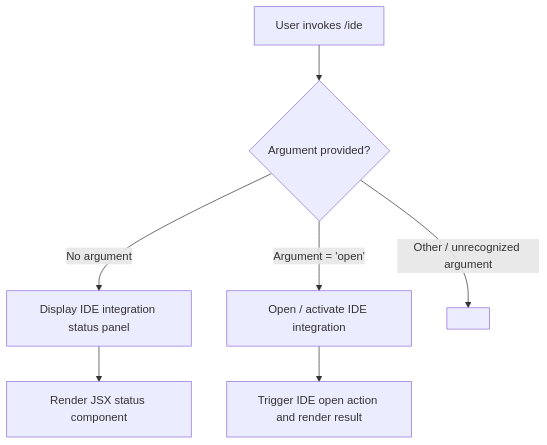
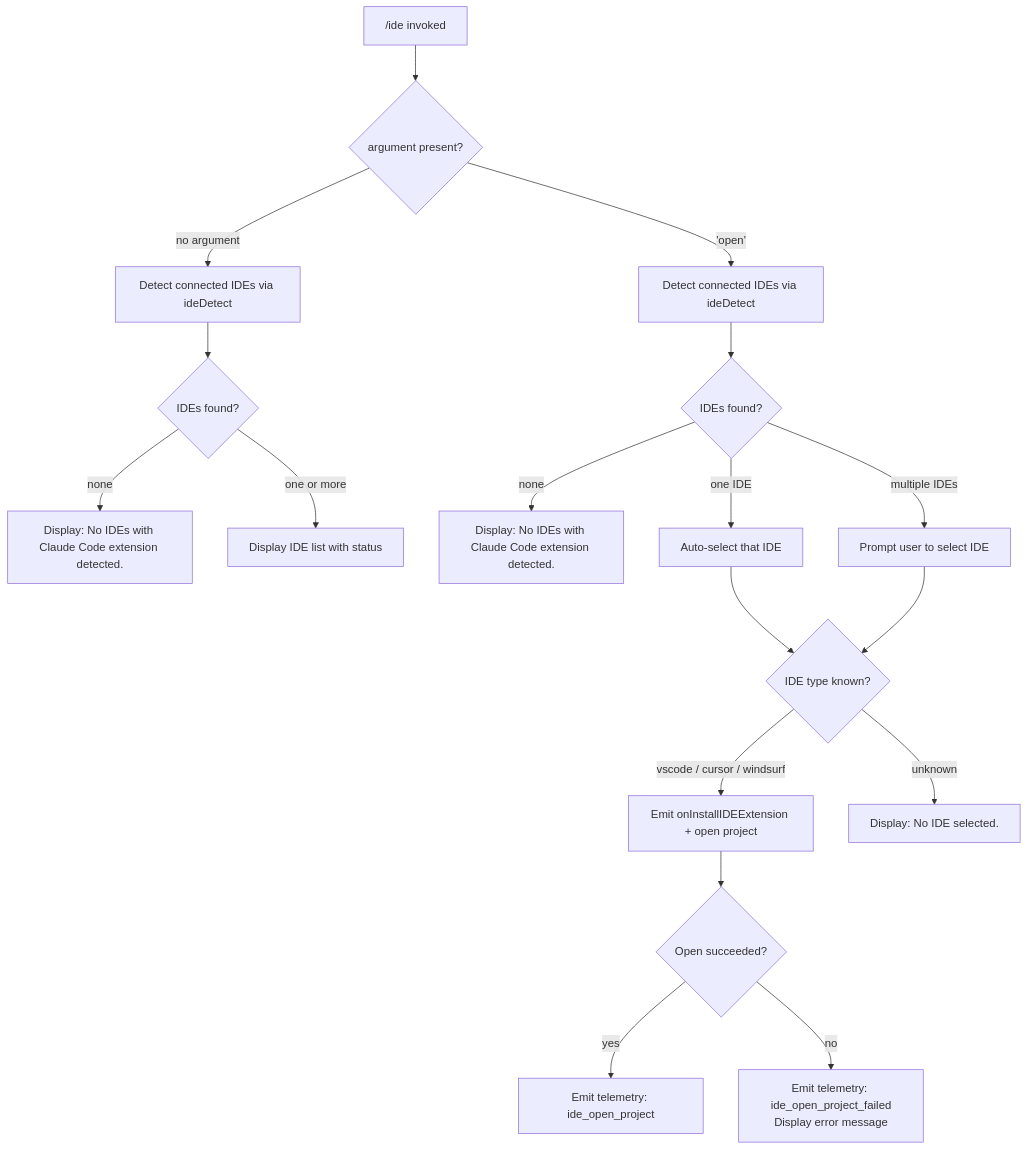
Before and after one commit to MyLittleLuckyDog/cc-gnothi: the diagram in versions/v2.1.144/ide.md, drawn with Mermaid. The commit also changed other lines of this file and 483 other files, not shown here.

````diff
--- a/versions/v2.1.144/ide.md
+++ b/versions/v2.1.144/ide.md
@@ -46,9 +55,20 @@
 ```mermaid
 flowchart TD
-    A[User invokes /ide] --> B{Argument provided?}
-    B -- "No argument" --> C[Display IDE integration status panel]
-    B -- "Argument = 'open'" --> D[Open / activate IDE integration]
-    B -- "Other / unrecognized argument" --> E[<!-- TODO: not found in depth-2 traversal; needs --depth 4 -->]
-    C --> F[Render JSX status component]
-    D --> G[Trigger IDE open action and render result]
+    A["/ide invoked"] --> B{argument present?}
+    B -- "no argument" --> C[Detect connected IDEs via ideDetect]
+    C --> D{IDEs found?}
+    D -- "none" --> E["Display: No IDEs with Claude Code extension detected."]
+    D -- "one or more" --> F[Display IDE list with status]
+    B -- "'open'" --> G[Detect connected IDEs via ideDetect]
+    G --> H{IDEs found?}
+    H -- "none" --> I["Display: No IDEs with Claude Code extension detected."]
+    H -- "one IDE" --> J[Auto-select that IDE]
+    H -- "multiple IDEs" --> K[Prompt user to select IDE]
+    J --> L{IDE type known?}
+    K --> L
+    L -- "vscode / cursor / windsurf" --> M[Emit onInstallIDEExtension + open project]
+    L -- "unknown" --> N["Display: No IDE selected."]
+    M --> O{Open succeeded?}
+    O -- "yes" --> P[Emit telemetry: ide_open_project]
+    O -- "no" --> Q[Emit telemetry: ide_open_project_failed\nDisplay error message]
 ```
````
